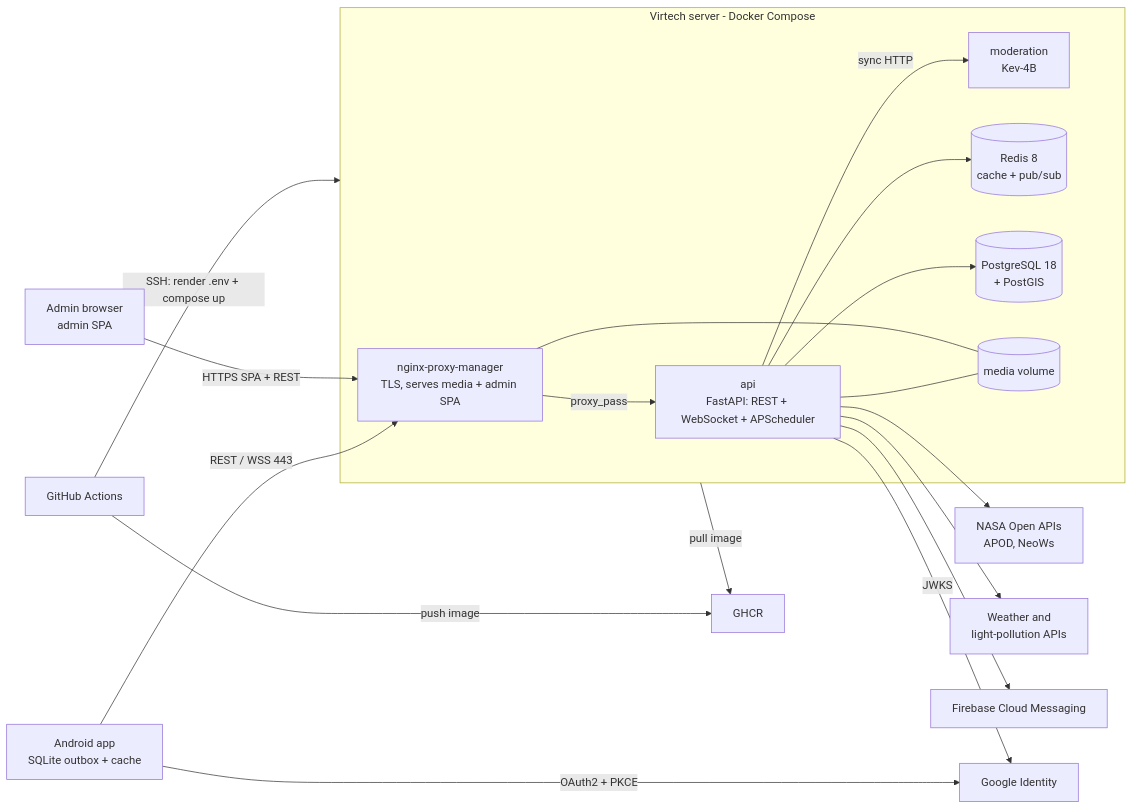
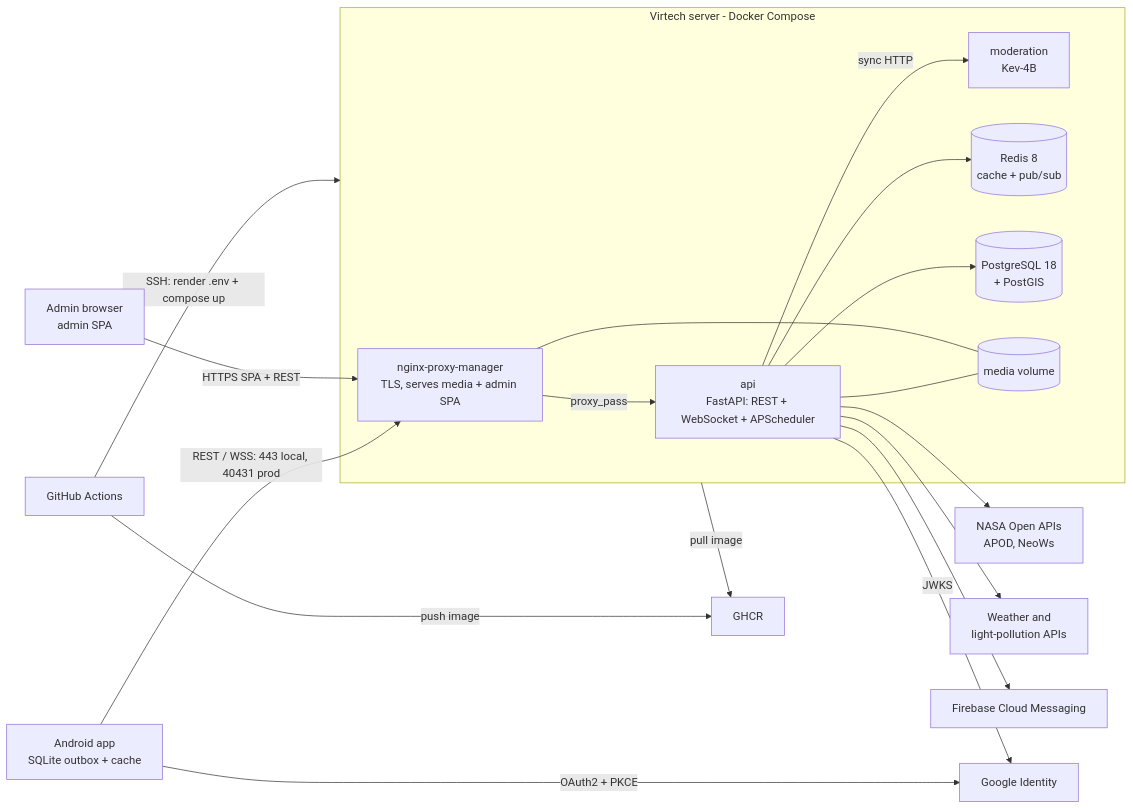
The diagram in README.md (pes2627q1-21-gei-upc/perseida), drawn with Mermaid before and after one commit. The commit also changed 3 other files, not shown here.

Commit message:
TG-89 docs: diagrames amb el port de producció i avís del baseUrl /admin per a TG-77

````diff
--- a/README.md
+++ b/README.md
@@ -37,27 +37,27 @@
 ```mermaid
 flowchart LR
-    PHONE[Android app<br/>SQLite outbox + cache] -- REST / WSS 443 --> NPM
+    PHONE[Android app<br/>SQLite outbox + cache] -- REST / WSS: 443 local, 40431 prod --> NPM
     ADMIN[Admin browser<br/>admin SPA] -- HTTPS SPA + REST --> NPM
     subgraph VIRTECH[Virtech server - Docker Compose]
         NPM[nginx-proxy-manager<br/>TLS, serves media + admin SPA]
         API[api<br/>FastAPI: REST + WebSocket + APScheduler]
         MOD[moderation<br/>Kev-4B]
         REDIS[(Redis 8<br/>cache + pub/sub)]
         PG[(PostgreSQL 18<br/>+ PostGIS)]
         VOL[(media volume)]
         NPM -- proxy_pass --> API
         API -- sync HTTP --> MOD
         API --> REDIS
         API --> PG
         API --- VOL
         NPM --- VOL
     end
     API --> NASA[NASA Open APIs<br/>APOD, NeoWs]
     API --> OTHER[Weather and<br/>light-pollution APIs]
     API --> FCM[Firebase Cloud Messaging]
     PHONE -- OAuth2 + PKCE --> GOOGLE[Google Identity]
     API -- JWKS --> GOOGLE
     GHA[GitHub Actions] -- push image --> GHCR[GHCR]
     GHA -- SSH: render .env + compose up --> VIRTECH
     VIRTECH -- pull image --> GHCR
 ```
````
